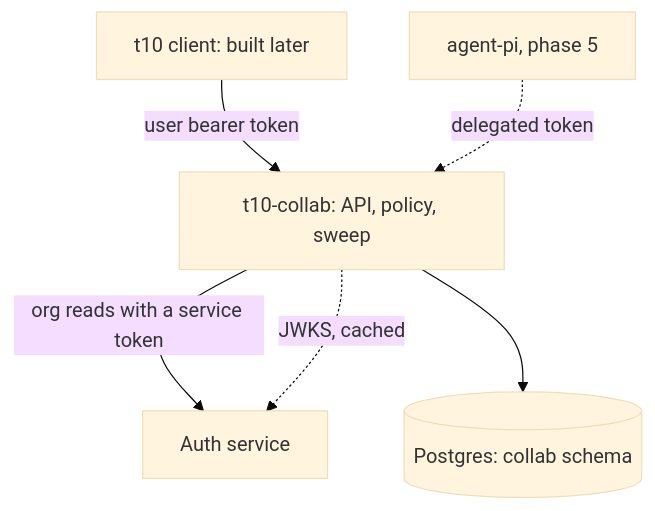
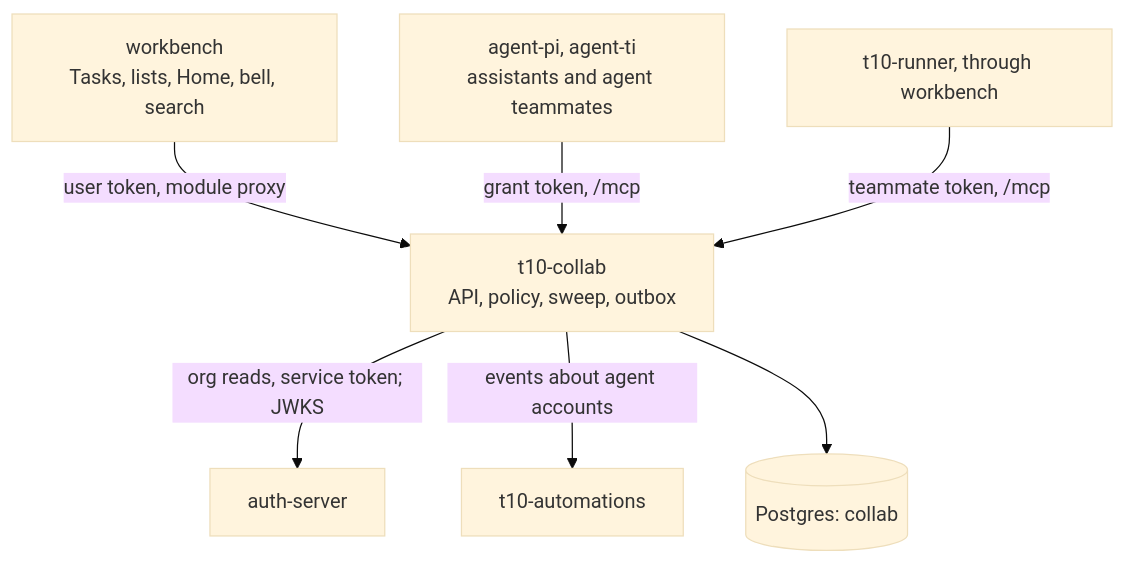
The second of 2 diagrams in docs/design.md (xiant10/t10-collab), drawn with Mermaid (base theme) before and after one commit. The commit also changed other lines of this file and 13 other files, not shown here.

````diff
--- a/docs/design.md
+++ b/docs/design.md
@@ -141,8 +103,9 @@
 ```mermaid
 flowchart TB
-  client["t10 client: built later"] -->|user bearer token| collab["t10-collab: API, policy, sweep"]
-  collab -->|org reads with a service token| auth["Auth service"]
-  collab -.->|JWKS, cached| auth
-  collab --> db[("Postgres: collab schema")]
-  agent["agent-pi, phase 5"] -.->|delegated token| collab
+  wb["workbench<br/>Tasks, lists, Home, bell, search"] -->|user token, module proxy| collab["t10-collab<br/>API, policy, sweep, outbox"]
+  harness["agent-pi, agent-ti<br/>assistants and agent teammates"] -->|grant token, /mcp| collab
+  runner["t10-runner, through workbench"] -->|teammate token, /mcp| collab
+  collab -->|org reads, service token; JWKS| auth["auth-server"]
+  collab -->|events about agent accounts| automations["t10-automations"]
+  collab --> db[("Postgres: collab")]
 ```
````
